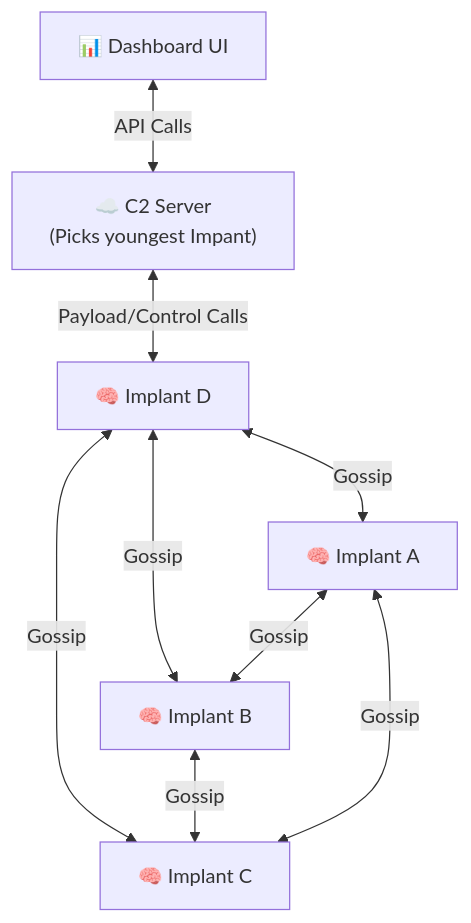
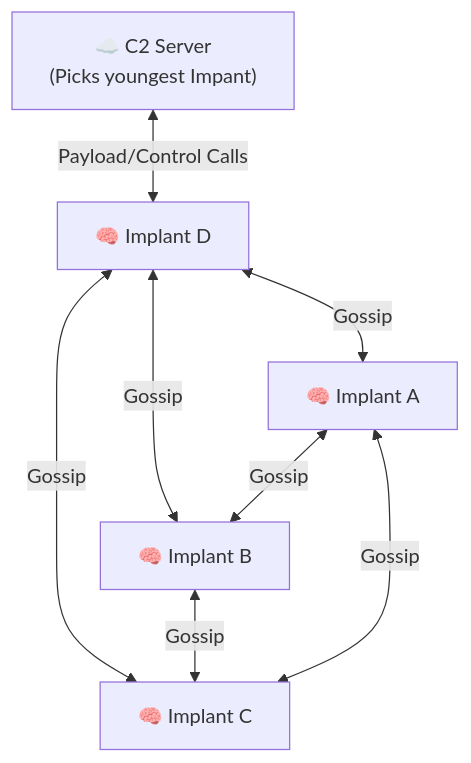
The diagram in README.md (pratiksingh94/mesh-c2), drawn with Mermaid before and after one commit. The commit also changed other lines of this file and 1 other file, not shown here.

`````diff
--- a/README.md
+++ b/README.md
@@ -164,22 +74,22 @@
 ```mermaid
 graph TD
-    Dashboard["📊 Dashboard UI"]
+    %% Dashboard["📊 Dashboard UI"]
     C2["☁️ C2 Server
     (Picks youngest Impant)"]
     A["🧠 Implant A"]
     B["🧠 Implant B"]
     C["🧠 Implant C"]
     D["🧠 Implant D"]
     
-    Dashboard <--API Calls--> C2
+    %% Dashboard <--API Calls--> C2
 
     C2 <--Payload/Control Calls--> D
     
     
     D <--Gossip--> A
     D <--Gossip--> B
     D <--Gossip--> C
     A <--Gossip--> B
     B <--Gossip--> C
     C <--Gossip--> A
-````
+```
`````
